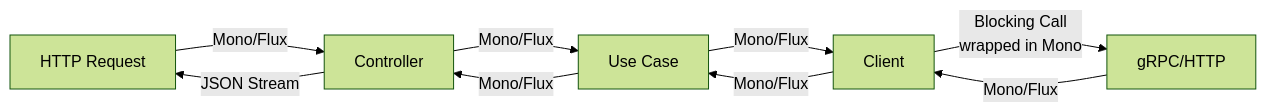
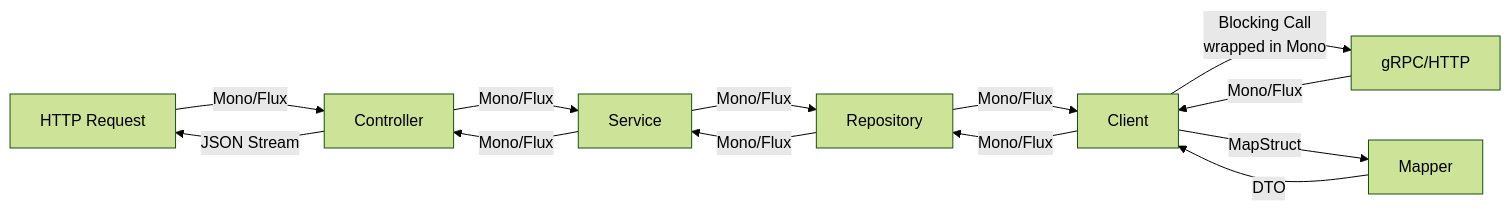
Before and after one commit to eneas-almeida/bridge: the ninth of 15 diagrams in ARCHITECTURE.md, drawn with Mermaid (forest theme). The commit also changed other lines of this file, not shown here.

````diff
--- a/ARCHITECTURE.md
+++ b/ARCHITECTURE.md
@@ -325,11 +402,15 @@
 ```mermaid
 graph LR
     A[HTTP Request] -->|Mono/Flux| B[Controller]
-    B -->|Mono/Flux| C[Use Case]
-    C -->|Mono/Flux| D[Client]
-    D -->|Blocking Call<br/>wrapped in Mono| E[gRPC/HTTP]
+    B -->|Mono/Flux| C[Service]
+    C -->|Mono/Flux| D[Repository]
+    D -->|Mono/Flux| E[Client]
+    E -->|Blocking Call<br/>wrapped in Mono| F[gRPC/HTTP]
+    F -->|Mono/Flux| E
+    E -->|MapStruct| G[Mapper]
+    G -->|DTO| E
     E -->|Mono/Flux| D
     D -->|Mono/Flux| C
     C -->|Mono/Flux| B
     B -->|JSON Stream| A
 ```
````
